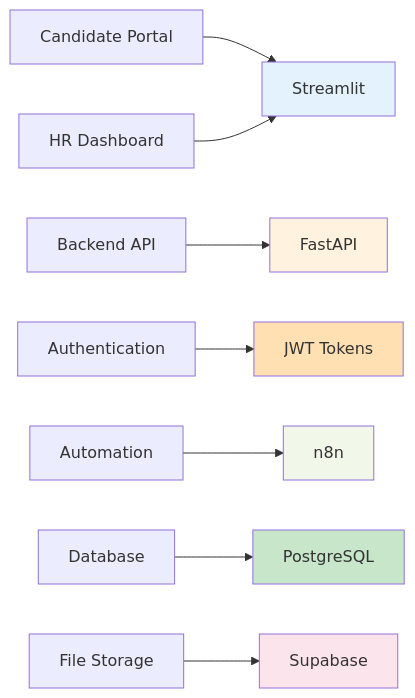
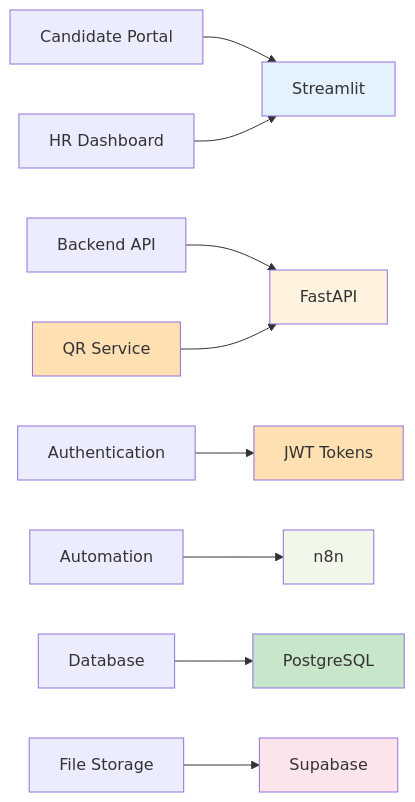
Before and after one commit to md-sahil-analyst22/test: the sixth of 15 diagrams in HR_Onboarding_Agent.md, drawn with Mermaid. The commit also changed other lines of this file, not shown here.

````diff
--- a/HR_Onboarding_Agent.md
+++ b/HR_Onboarding_Agent.md
@@ -364,17 +412,19 @@
 ```mermaid
 graph LR
     CP["Candidate Portal"] --> ST["Streamlit"]
     HP["HR Dashboard"] --> ST
     API["Backend API"] --> FA["FastAPI"]
+    QR["QR Service"] --> FA
     AUTH["Authentication"] --> JWT["JWT Tokens"]
     AUTO["Automation"] --> N8N["n8n"]
     DB["Database"] --> PG["PostgreSQL"]
     STORAGE["File Storage"] --> SB["Supabase"]
     
     style ST fill:#e3f2fd
     style FA fill:#fff3e0
     style JWT fill:#ffe0b2
     style N8N fill:#f1f8e9
     style PG fill:#c8e6c9
     style SB fill:#fce4ec
+    style QR fill:#ffe0b2
 ```
````
